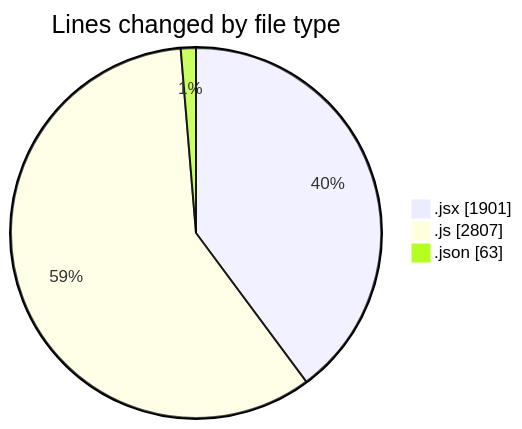
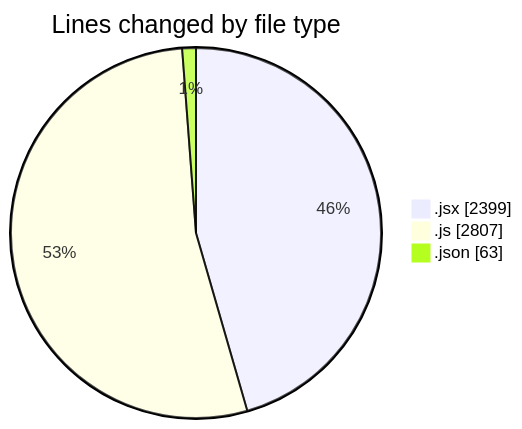
One commit to nxtqubesakshisongat/code-tracking changed the first of 2 diagrams in 2025-08-18/nxtqube_webapp/README.md. Above: the diagram before and after it, drawn with Mermaid. The commit also changed other lines of this file and 1 other file, not shown here.

````diff
--- a/2025-08-18/nxtqube_webapp/README.md
+++ b/2025-08-18/nxtqube_webapp/README.md
@@ -28,7 +29,7 @@
 ```mermaid
 pie showData
 title Lines changed by file type
-".jsx" : 1901
+".jsx" : 2399
 ".js" : 2807
 ".json" : 63
 ```
````
